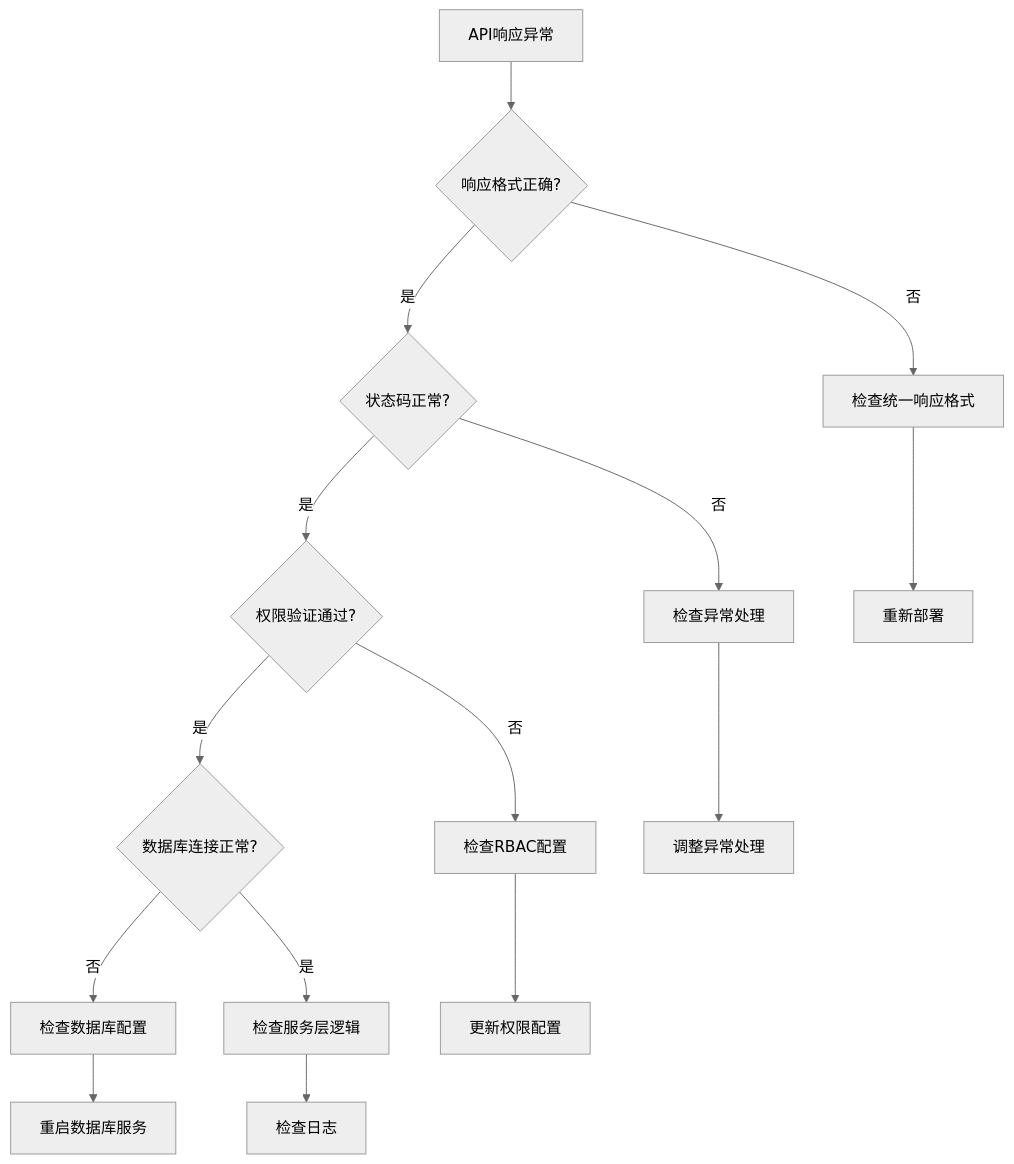
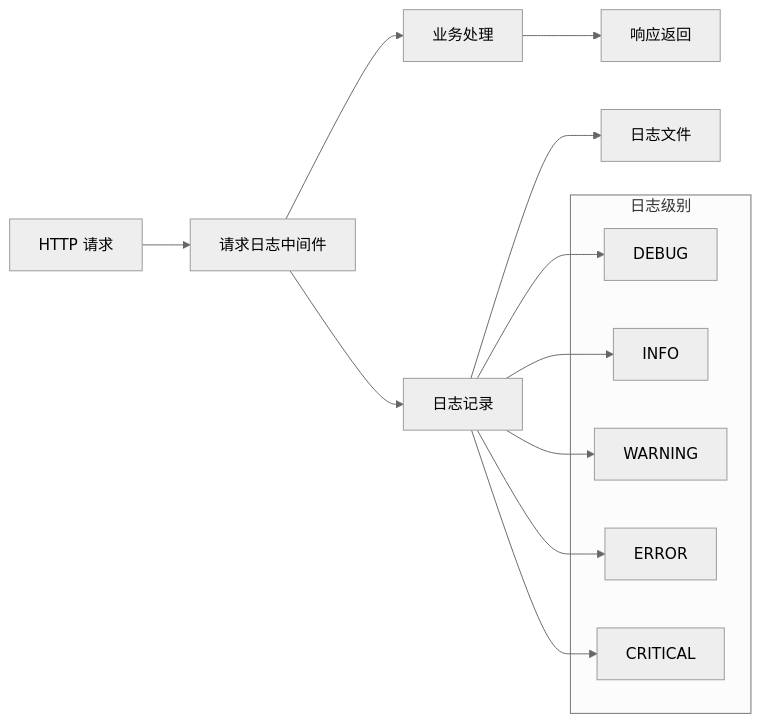
Before and after one commit to taoweidong/Hello-FastApi: the ninth of 9 diagrams in .qoder/repowiki/zh/content/Api Response Standards.md, drawn with Mermaid (neutral theme). The commit also changed other lines of this file and 11 other files, not shown here.

````diff
--- a/.qoder/repowiki/zh/content/Api Response Standards.md
+++ b/.qoder/repowiki/zh/content/Api Response Standards.md
@@ -481,17 +426,20 @@
 ```mermaid
-flowchart TD
-A[API响应异常] --> B{响应格式正确?}
-B --> |否| C[检查统一响应格式]
-B --> |是| D{状态码正常?}
-D --> |否| E[检查异常处理]
-D --> |是| F{权限验证通过?}
-F --> |否| G[检查RBAC配置]
-F --> |是| H{数据库连接正常?}
-H --> |否| I[检查数据库配置]
-H --> |是| J[检查服务层逻辑]
-C --> K[重新部署]
-E --> L[调整异常处理]
-G --> M[更新权限配置]
-I --> N[重启数据库服务]
-J --> O[检查日志]
+flowchart LR
+Request[HTTP 请求] --> Middleware[请求日志中间件]
+Middleware --> Handler[业务处理]
+Handler --> Response[响应返回]
+Middleware --> Logger[日志记录]
+Logger --> File[日志文件]
+subgraph "日志级别"
+Debug[DEBUG]
+Info[INFO]
+Warning[WARNING]
+Error[ERROR]
+Critical[CRITICAL]
+end
+Logger --> Debug
+Logger --> Info
+Logger --> Warning
+Logger --> Error
+Logger --> Critical
 ```
````
